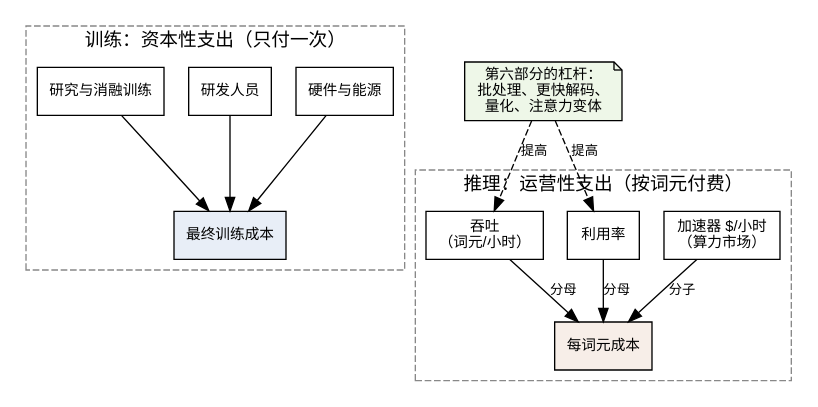
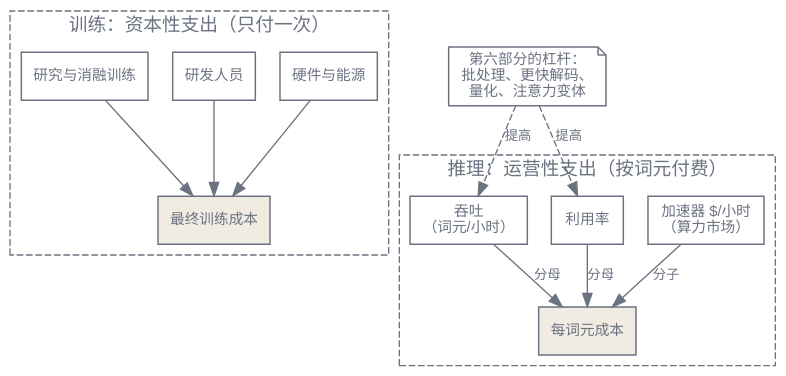
One commit to latere-ai/ai-as-an-infrastructure changed the first of 2 diagrams in zh/p9-ecosystem/37-economics.qmd. Above: the diagram before and after it, drawn with Graphviz. The commit also changed other lines of this file and 186 other files, not shown here.

First line of the commit message:
book: visual audit pass on all diagrams and figures

````diff
--- a/zh/p9-ecosystem/37-economics.qmd
+++ b/zh/p9-ecosystem/37-economics.qmd
@@ -48,39 +48,42 @@
 ```{dot}
 //| label: fig-economics-cost-structures
 //| fig-cap: "两种成本结构的分解。训练是若干一次性部分之和，在任何价值返回之前就已付出。推理是按词元的比值，分母正是服务栈进攻的对象。"
 digraph cost_structures {
+  bgcolor="transparent";
   rankdir=TB;
-  node [shape=box, fontname="Helvetica", fontsize=11];
-  edge [fontname="Helvetica", fontsize=10];
+  node [shape=box, fontname="Helvetica", fontsize=11, color="#6b7280", fontcolor="#6b7280", penwidth=1.1];
+  edge [fontname="Helvetica", fontsize=10, color="#6b7280", fontcolor="#6b7280"];
 
   subgraph cluster_capex {
     label="训练：资本性支出（只付一次）";
     style=dashed;
-    color="#888888";
-    train [label="最终训练成本", shape=box, style=filled, fillcolor="#e8eef7"];
+    color="#6b7280";
+    fontcolor="#6b7280";
+    train [label="最终训练成本", shape=box, style=filled, fillcolor="#f1ece1"];
     hw [label="硬件与能源"];
     rnd [label="研发人员"];
     abl [label="研究与消融训练"];
     hw -> train;
     rnd -> train;
     abl -> train;
   }
 
   subgraph cluster_opex {
     label="推理：运营性支出（按词元付费）";
     style=dashed;
-    color="#888888";
-    unit [label="每词元成本", shape=box, style=filled, fillcolor="#f7eee8"];
+    color="#6b7280";
+    fontcolor="#6b7280";
+    unit [label="每词元成本", shape=box, style=filled, fillcolor="#f1ece1"];
     price [label="加速器 $/小时\n（算力市场）"];
     thr [label="吞吐\n（词元/小时）"];
     util [label="利用率"];
     price -> unit [label="分子"];
     thr -> unit [label="分母"];
     util -> unit [label="分母"];
   }
 
-  lever [label="第六部分的杠杆：\n批处理、更快解码、\n量化、注意力变体", shape=note, fillcolor="#eef7e8", style=filled];
+  lever [label="第六部分的杠杆：\n批处理、更快解码、\n量化、注意力变体", shape=note];
   lever -> thr [style=dashed, label="提高"];
   lever -> util [style=dashed, label="提高"];
 }
 ```
````
